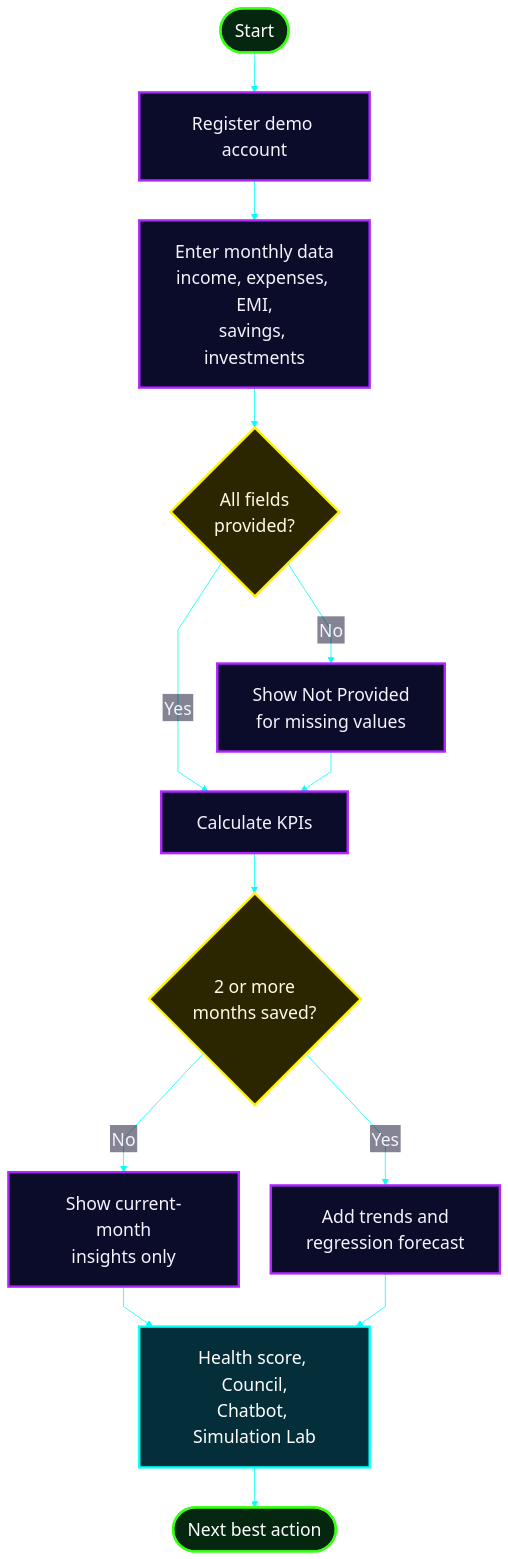
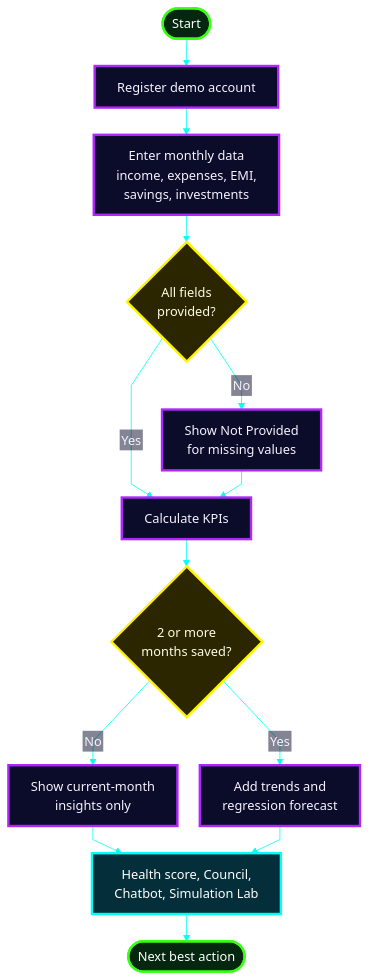
Before and after one commit to Mansi232323/MANSHORA: the fifth of 17 diagrams in README.md, drawn with Mermaid. The commit also changed other lines of this file, not shown here.

````diff
--- a/README.md
+++ b/README.md
@@ -247,24 +247,24 @@
 ```mermaid
-%%{init: {'theme':'base','themeVariables':{'fontSize':'22px','fontFamily':'Arial, Helvetica, sans-serif','primaryColor':'#0b0b2a','primaryTextColor':'#f5f3ff','primaryBorderColor':'#b026ff','lineColor':'#00fff7','textColor':'#f5f3ff','edgeLabelBackground':'#0b0b2a'},'flowchart':{'htmlLabels':false,'nodeSpacing':40,'rankSpacing':50,'padding':22,'curve':'linear'}}}%%
+%%{init: {'theme':'base','themeVariables':{'fontSize':'16px','fontFamily':'Arial, Helvetica, sans-serif','primaryColor':'#0b0b2a','primaryTextColor':'#f5f3ff','primaryBorderColor':'#b026ff','lineColor':'#00fff7','textColor':'#f5f3ff','edgeLabelBackground':'#0b0b2a'},'flowchart':{'htmlLabels':false,'nodeSpacing':28,'rankSpacing':34,'padding':14,'curve':'linear'}}}%%
 flowchart TD
     S(["Start"]) --> R["Register demo account"]
     R --> I["Enter monthly data<br/>income, expenses, EMI,<br/>savings, investments"]
     I --> Q{"All fields<br/>provided?"}
     Q -- "No" --> NP["Show Not Provided<br/>for missing values"]
     Q -- "Yes" --> CALC["Calculate KPIs"]
     NP --> CALC
     CALC --> H{"2 or more<br/>months saved?"}
     H -- "No" --> SNAP["Show current-month<br/>insights only"]
     H -- "Yes" --> TREND["Add trends and<br/>regression forecast"]
     SNAP --> OUT["Health score, Council,<br/>Chatbot, Simulation Lab"]
     TREND --> OUT
     OUT --> ACT(["Next best action"])
     classDef start fill:#05260f,stroke:#39ff14,stroke-width:3px,color:#ffffff
     classDef step fill:#0b0b2a,stroke:#b026ff,stroke-width:3px,color:#f5f3ff
     classDef decide fill:#2b2600,stroke:#fff200,stroke-width:3px,color:#fffbe6
     classDef out fill:#042f3a,stroke:#00fff7,stroke-width:3px,color:#ffffff
     class S,ACT start
     class R,I,NP,CALC,SNAP,TREND step
     class Q,H decide
     class OUT out
 ```
````
